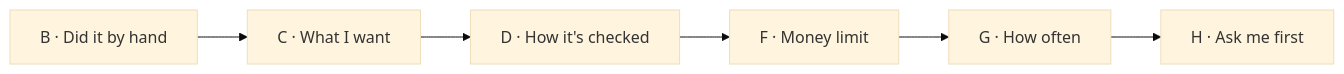
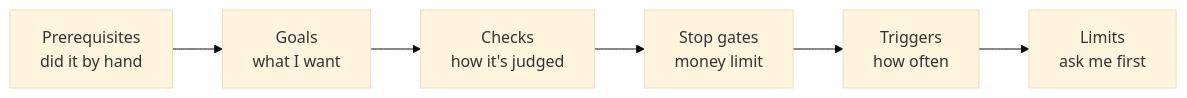
The second of 3 diagrams in README-FOR-DUMMIES.md (bitphill/loopsmith), drawn with Mermaid (base theme) before and after one commit. The commit also changed other lines of this file and 18 other files, not shown here.

````diff
--- a/README-FOR-DUMMIES.md
+++ b/README-FOR-DUMMIES.md
@@ -311,8 +311,8 @@
 ```mermaid
 flowchart LR
-    B["B · Did it by hand"] --> C["C · What I want"]
-    C --> D["D · How it's checked"]
-    D --> F["F · Money limit"]
-    F --> G["G · How often"]
-    G --> H["H · Ask me first"]
+    A["Prerequisites<br/>did it by hand"] --> B["Goals<br/>what I want"]
+    B --> C["Checks<br/>how it's judged"]
+    C --> D["Stop gates<br/>money limit"]
+    D --> E["Triggers<br/>how often"]
+    E --> F["Limits<br/>ask me first"]
 ```
````
